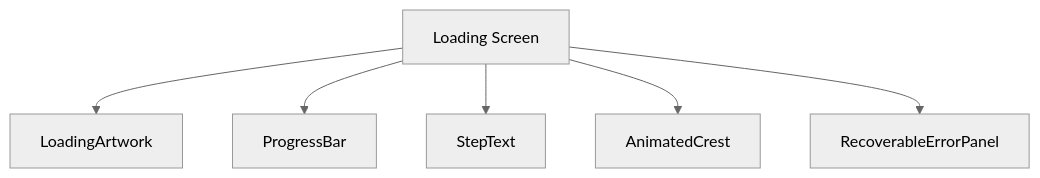
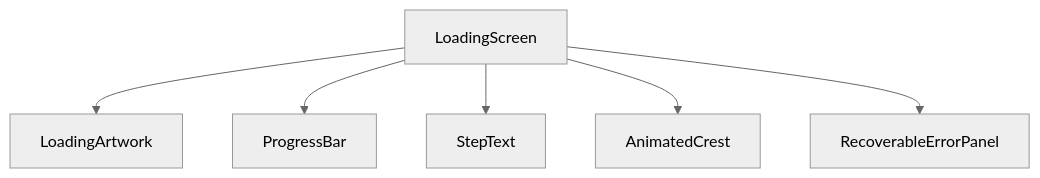
One commit to SunaNoOshiro/Heroes_Reforged_AI_Realms changed the first of 5 diagrams in docs/architecture/wiki/screens/59-loading-screen/architecture.md. Above: the diagram before and after it, drawn with Mermaid (neutral theme). The commit also changed other lines of this file and 518 other files, not shown here.

First line of the commit message:
Add doc-audit skill and sweep architecture/screen docs

````diff
--- a/docs/architecture/wiki/screens/59-loading-screen/architecture.md
+++ b/docs/architecture/wiki/screens/59-loading-screen/architecture.md
@@ -16,14 +25,9 @@
 ```mermaid
 flowchart TD
-  Root["Loading Screen"]
-  C0["LoadingArtwork"]
-  Root --> C0
-  C1["ProgressBar"]
-  Root --> C1
-  C2["StepText"]
-  Root --> C2
-  C3["AnimatedCrest"]
-  Root --> C3
-  C4["RecoverableErrorPanel"]
-  Root --> C4
+  Root["LoadingScreen"]
+  Root --> C0["LoadingArtwork"]
+  Root --> C1["ProgressBar"]
+  Root --> C2["StepText"]
+  Root --> C3["AnimatedCrest"]
+  Root --> C4["RecoverableErrorPanel"]
 ```
````
